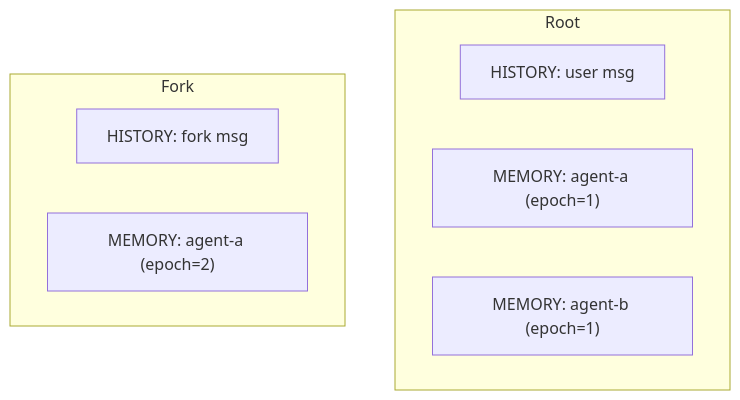
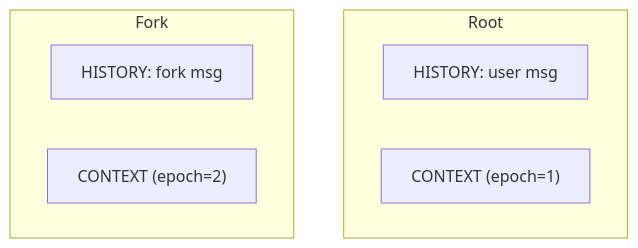
Before and after one commit to chirino/memory-service: diagram 14 of 15 in docs/entry-data-model.md, drawn with Mermaid. The commit also changed other lines of this file and 44 other files, not shown here.

````diff
--- a/docs/entry-data-model.md
+++ b/docs/entry-data-model.md
@@ -476,12 +474,11 @@
 ```mermaid
 flowchart TB
     subgraph "Root"
         R_H1[HISTORY: user msg]
-        R_MA["MEMORY: agent-a (epoch=1)"]
-        R_MB["MEMORY: agent-b (epoch=1)"]
+        R_MA["CONTEXT (epoch=1)"]
     end
     subgraph "Fork"
         F_H1[HISTORY: fork msg]
-        F_MA["MEMORY: agent-a (epoch=2)"]
+        F_MA["CONTEXT (epoch=2)"]
     end
 ```
````
